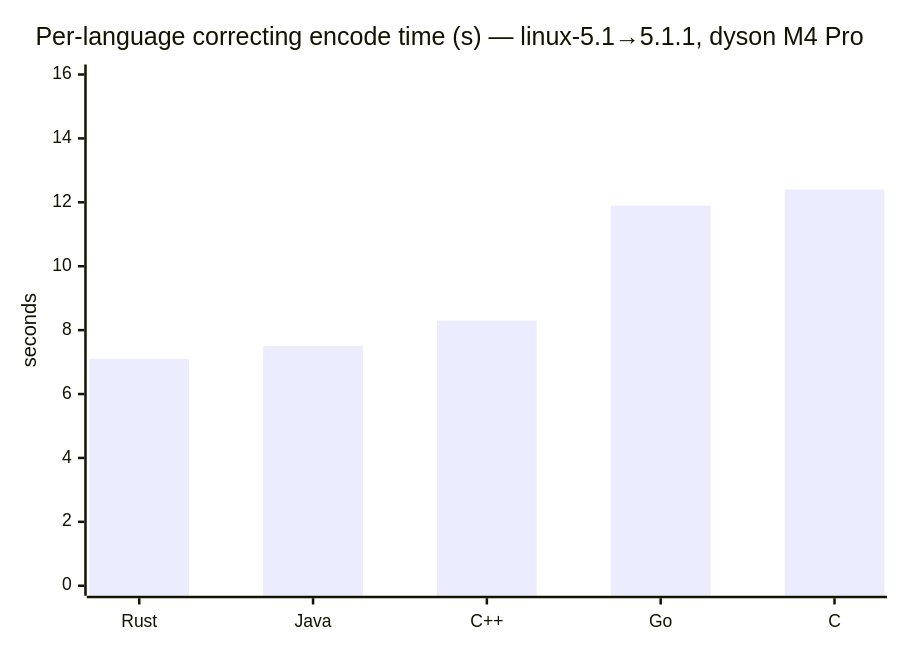
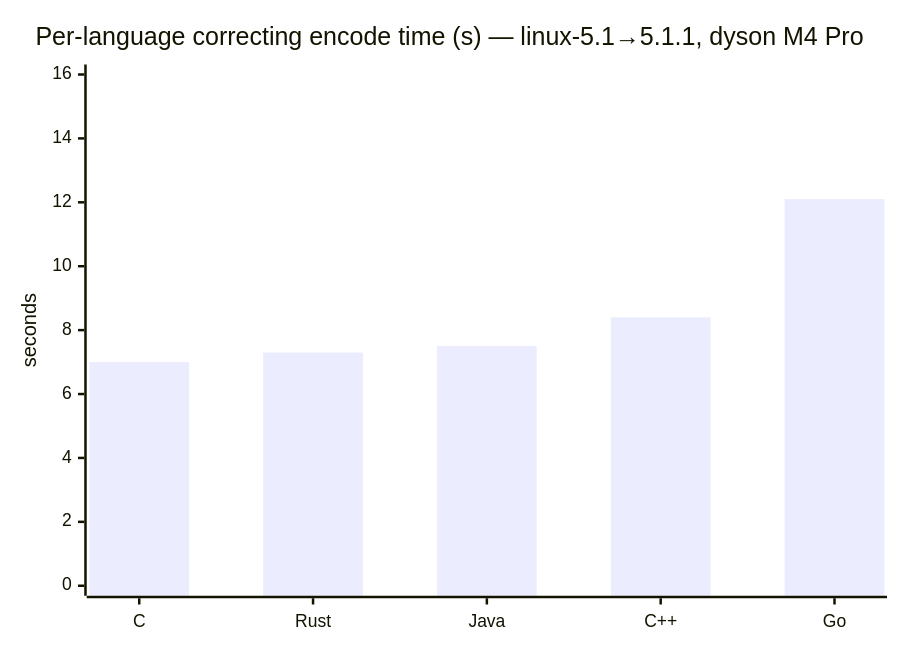
Before and after one commit to darrelllong/Delta-Compression: the second of 10 diagrams in ANALYSIS.md, drawn with Mermaid. The commit also changed other lines of this file and 30 other files, not shown here.

````diff
--- a/ANALYSIS.md
+++ b/ANALYSIS.md
@@ -414,7 +417,7 @@
 ```mermaid
 xychart-beta
     title "Per-language correcting encode time (s) — linux-5.1→5.1.1, dyson M4 Pro"
-    x-axis ["Rust", "Java", "C++", "Go", "C"]
+    x-axis ["C", "Rust", "Java", "C++", "Go"]
     y-axis "seconds" 0 --> 16
-    bar [7.1, 7.5, 8.3, 11.9, 12.4]
+    bar [7.0, 7.3, 7.5, 8.4, 12.1]
 ```
````
